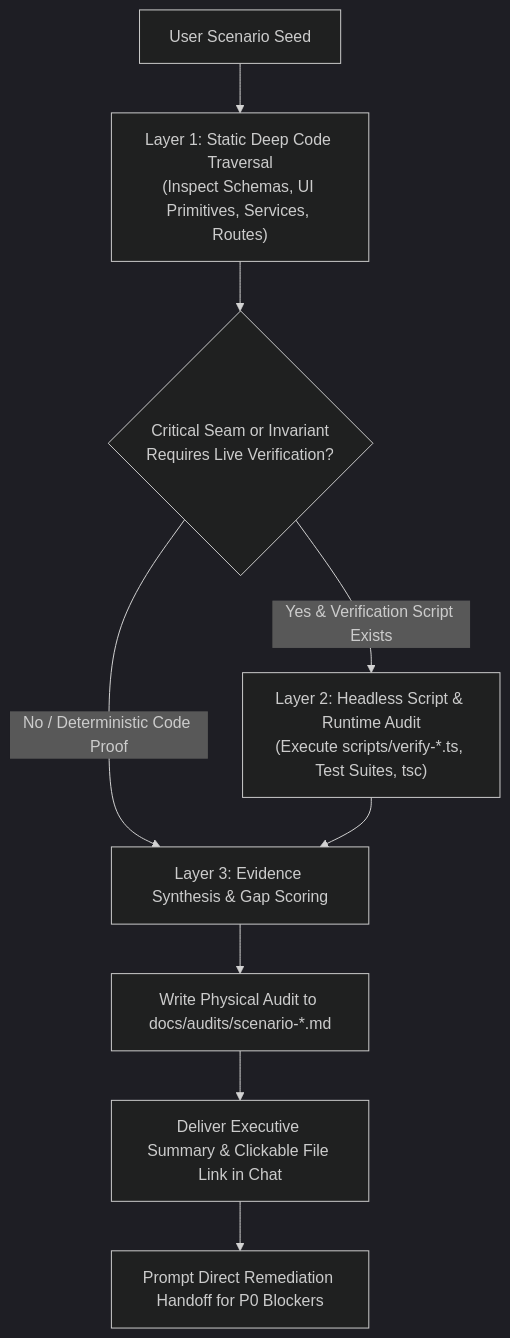
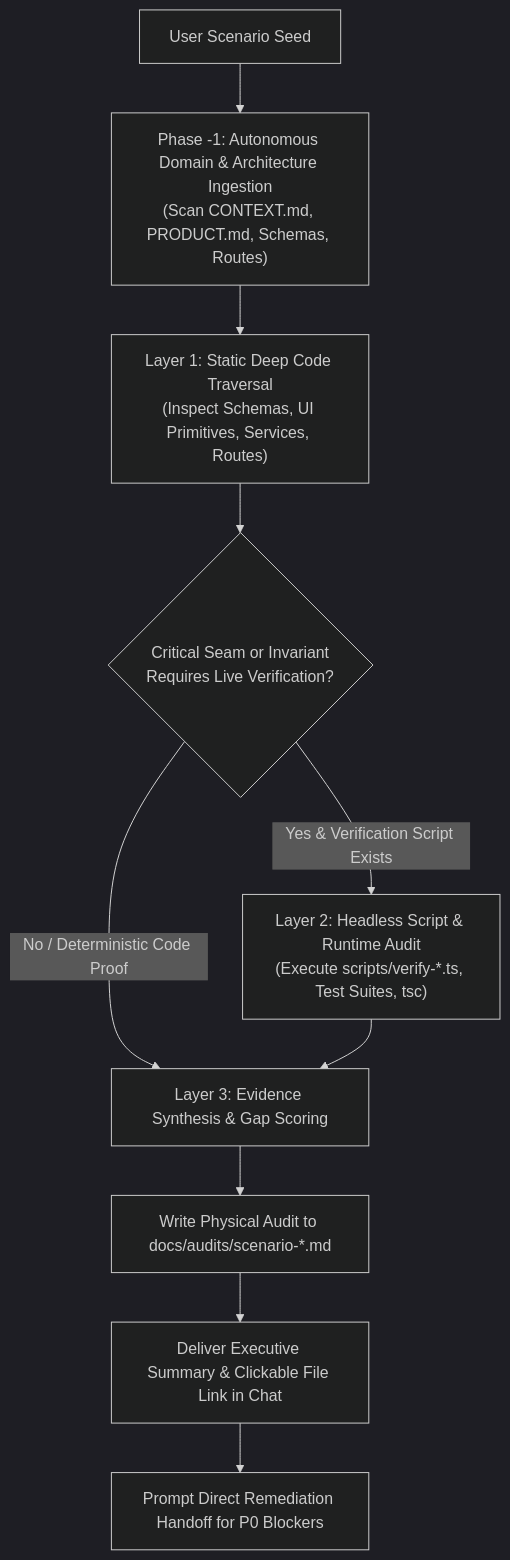
Before and after one commit to Delizade-Antigravity-Skills/scenario-probe: the diagram in SKILL.md, drawn with Mermaid (dark theme). The commit also changed other lines of this file, not shown here.

Commit message:
feat: add autonomous domain & architecture ingestion (Phase -1)

````diff
--- a/SKILL.md
+++ b/SKILL.md
@@ -59,11 +63,12 @@
 ```mermaid
 flowchart TD
-    Scenario["User Scenario Seed"] --> Layer1["Layer 1: Static Deep Code Traversal<br/>(Inspect Schemas, UI Primitives, Services, Routes)"]
+    Scenario["User Scenario Seed"] --> Ingestion["Phase -1: Autonomous Domain & Architecture Ingestion<br/>(Scan CONTEXT.md, PRODUCT.md, Schemas, Routes)"]
+    Ingestion --> Layer1["Layer 1: Static Deep Code Traversal<br/>(Inspect Schemas, UI Primitives, Services, Routes)"]
     Layer1 --> SeamCheck{"Critical Seam or Invariant<br/>Requires Live Verification?"}
     SeamCheck -- "Yes & Verification Script Exists" --> Layer2["Layer 2: Headless Script & Runtime Audit<br/>(Execute scripts/verify-*.ts, Test Suites, tsc)"]
     SeamCheck -- "No / Deterministic Code Proof" --> Synthesize["Layer 3: Evidence Synthesis & Gap Scoring"]
     Layer2 --> Synthesize
     Synthesize --> InRepoDoc["Write Physical Audit to docs/audits/scenario-*.md"]
     InRepoDoc --> ChatSummary["Deliver Executive Summary & Clickable File Link in Chat"]
     ChatSummary --> RemediationPrompt["Prompt Direct Remediation Handoff for P0 Blockers"]
 ```
````
